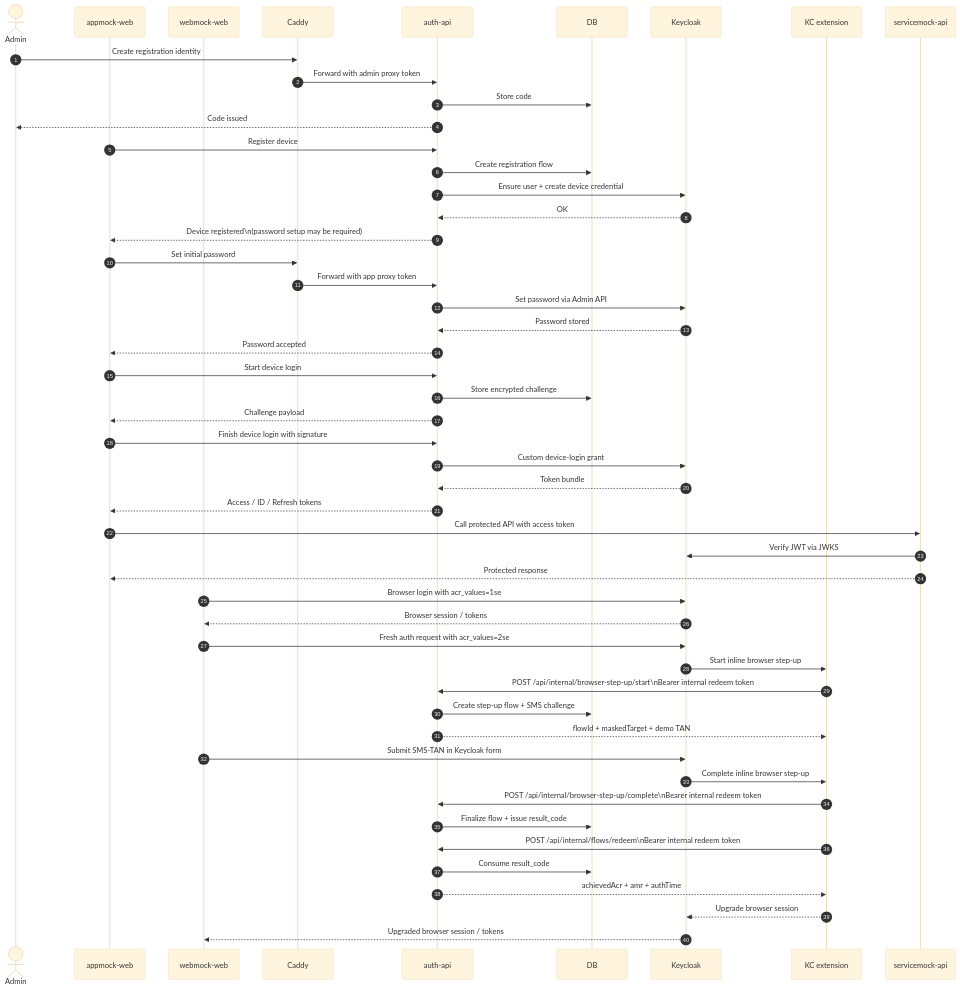
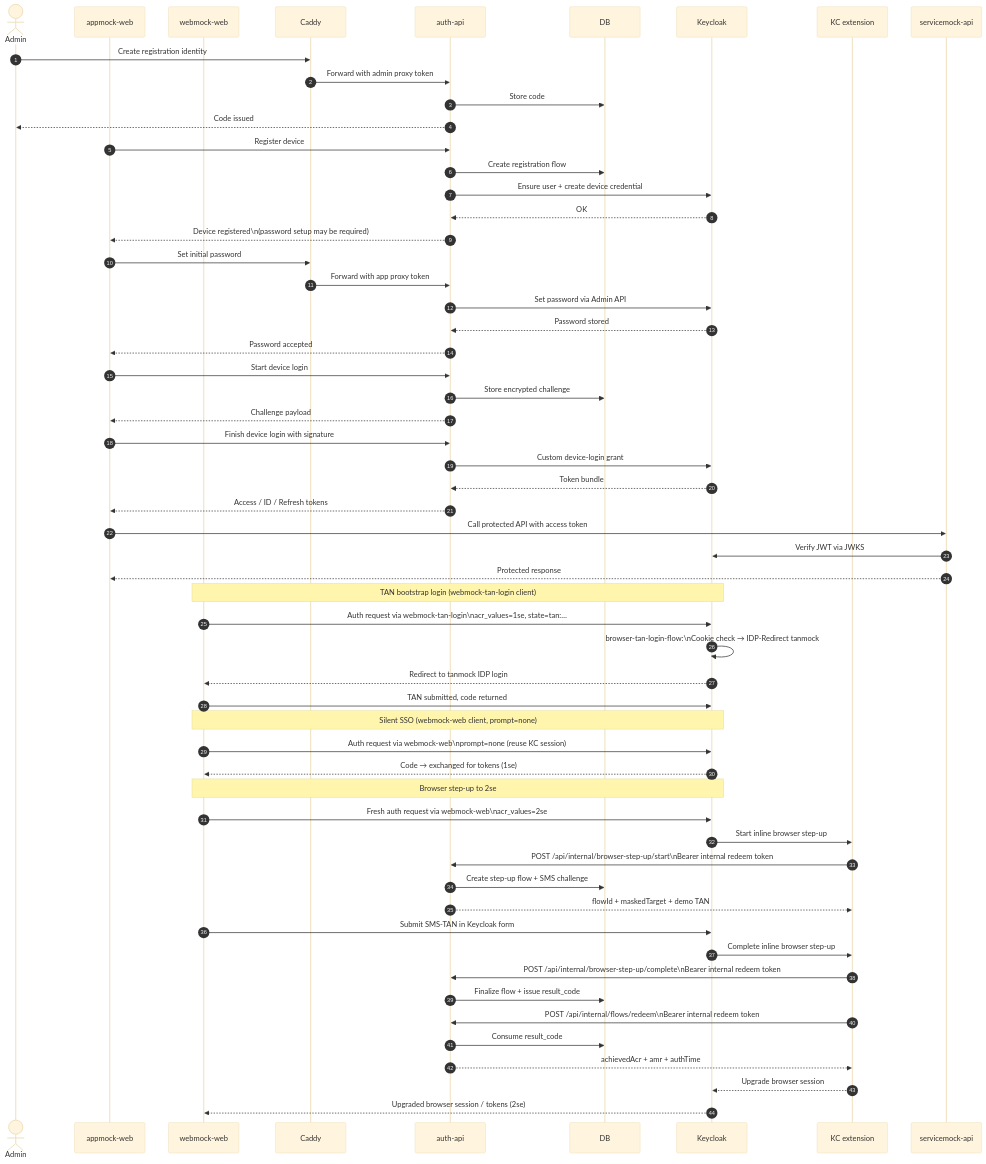
The first of 2 diagrams in README.md (rpreissel/auth-sandbox-2), drawn with Mermaid (base theme) before and after one commit. The commit also changed 13 other files, not shown here.

First line of the commit message:
feat: separate TAN bootstrap from step-up, add password login

````diff
--- a/README.md
+++ b/README.md
@@ -64,61 +64,68 @@
 ```mermaid
 sequenceDiagram
   autonumber
   actor Admin
   participant Device as appmock-web
   participant Browser as webmock-web
   participant Caddy
   participant Auth as auth-api
   participant DB
   participant KC as Keycloak
   participant Ext as KC extension
   participant Mock as servicemock-api
 
   Admin->>Caddy: Create registration identity
   Caddy->>Auth: Forward with admin proxy token
   Auth->>DB: Store code
   Auth-->>Admin: Code issued
 
   Device->>Auth: Register device
   Auth->>DB: Create registration flow
   Auth->>KC: Ensure user + create device credential
   KC-->>Auth: OK
   Auth-->>Device: Device registered\n(password setup may be required)
 
   Device->>Caddy: Set initial password
   Caddy->>Auth: Forward with app proxy token
   Auth->>KC: Set password via Admin API
   KC-->>Auth: Password stored
   Auth-->>Device: Password accepted
 
   Device->>Auth: Start device login
   Auth->>DB: Store encrypted challenge
   Auth-->>Device: Challenge payload
 
   Device->>Auth: Finish device login with signature
   Auth->>KC: Custom device-login grant
   KC-->>Auth: Token bundle
   Auth-->>Device: Access / ID / Refresh tokens
 
   Device->>Mock: Call protected API with access token
   Mock->>KC: Verify JWT via JWKS
   Mock-->>Device: Protected response
 
-  Browser->>KC: Browser login with acr_values=1se
-  KC-->>Browser: Browser session / tokens
+  Note over Browser,KC: TAN bootstrap login (webmock-tan-login client)
+  Browser->>KC: Auth request via webmock-tan-login\nacr_values=1se, state=tan:…
+  KC->>KC: browser-tan-login-flow:\nCookie check → IDP-Redirect tanmock
+  KC-->>Browser: Redirect to tanmock IDP login
+  Browser->>KC: TAN submitted, code returned
+  Note over Browser,KC: Silent SSO (webmock-web client, prompt=none)
+  Browser->>KC: Auth request via webmock-web\nprompt=none (reuse KC session)
+  KC-->>Browser: Code → exchanged for tokens (1se)
 
-  Browser->>KC: Fresh auth request with acr_values=2se
+  Note over Browser,KC: Browser step-up to 2se
+  Browser->>KC: Fresh auth request via webmock-web\nacr_values=2se
   KC->>Ext: Start inline browser step-up
   Ext->>Auth: POST /api/internal/browser-step-up/start\nBearer internal redeem token
   Auth->>DB: Create step-up flow + SMS challenge
   Auth-->>Ext: flowId + maskedTarget + demo TAN
   Browser->>KC: Submit SMS-TAN in Keycloak form
   KC->>Ext: Complete inline browser step-up
   Ext->>Auth: POST /api/internal/browser-step-up/complete\nBearer internal redeem token
   Auth->>DB: Finalize flow + issue result_code
   Ext->>Auth: POST /api/internal/flows/redeem\nBearer internal redeem token
   Auth->>DB: Consume result_code
   Auth-->>Ext: achievedAcr + amr + authTime
   Ext-->>KC: Upgrade browser session
-  KC-->>Browser: Upgraded browser session / tokens
+  KC-->>Browser: Upgraded browser session / tokens (2se)
 ```
````
